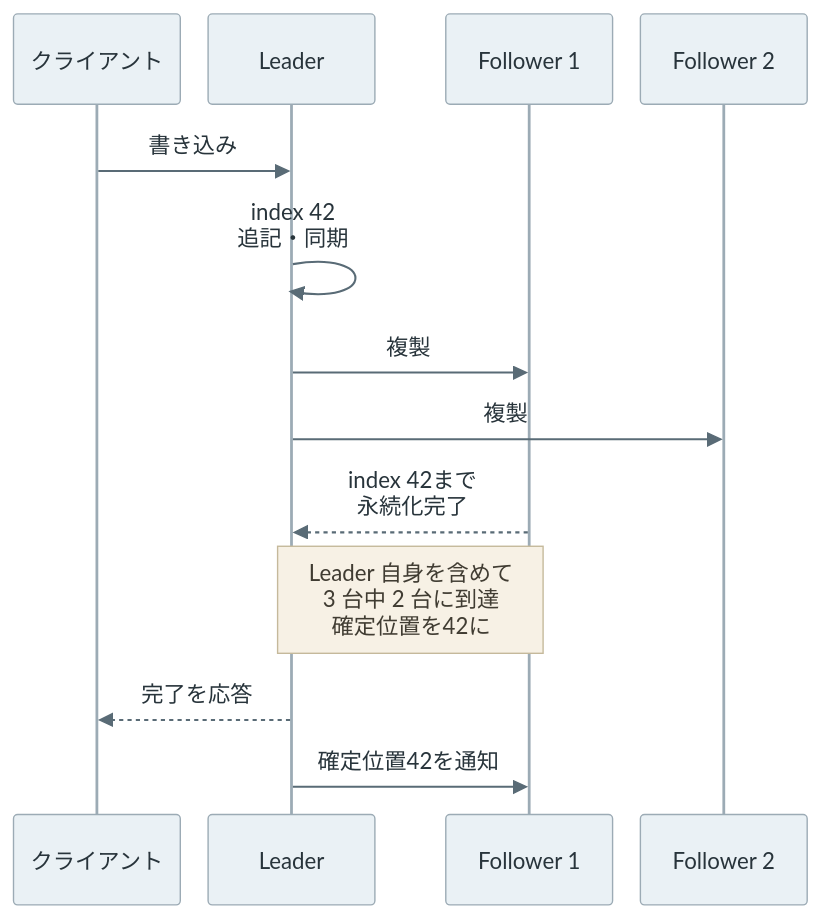
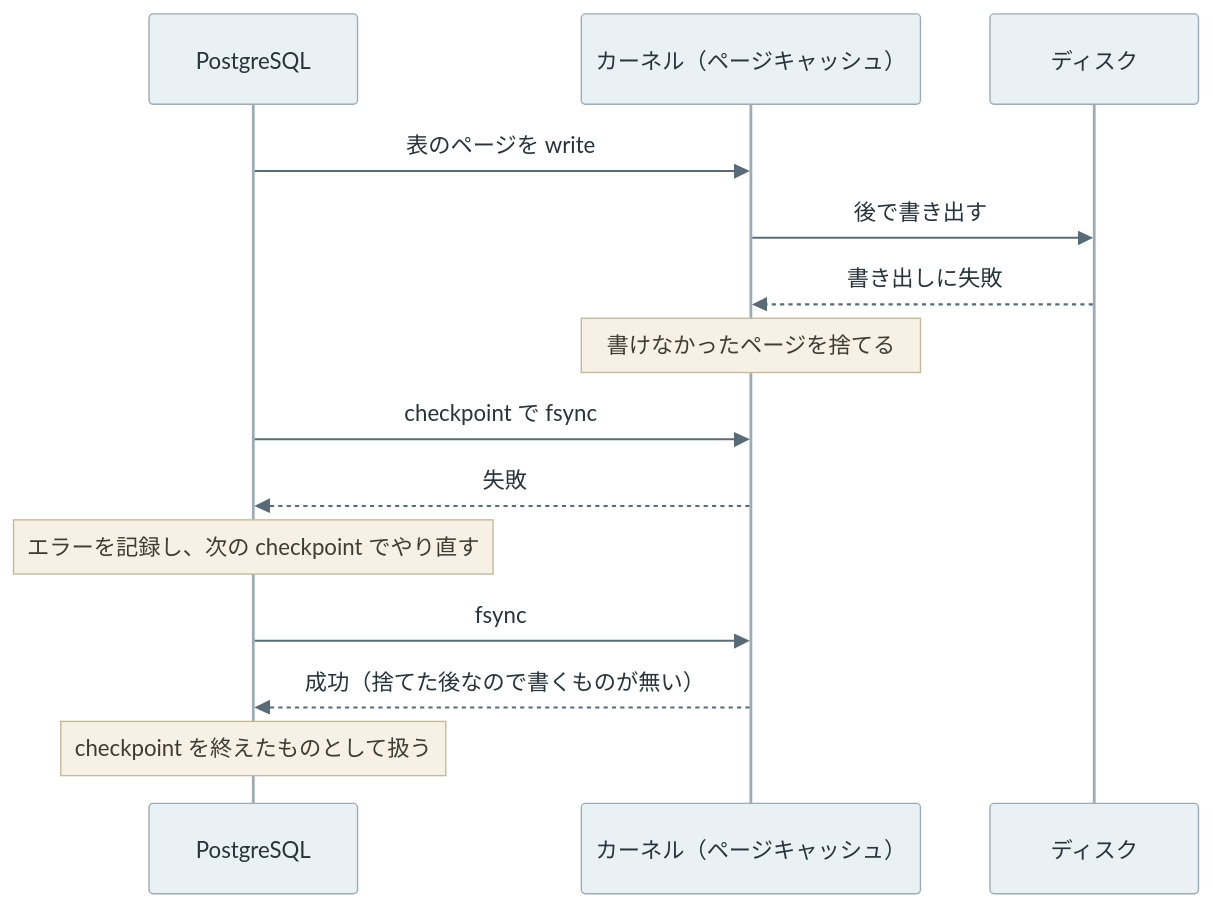
One commit to nao1215/debimate changed the first of 2 diagrams in content/notes/distributed-systems/write-ahead-log/index.md. Above: the diagram before and after it, drawn with Mermaid. The commit also changed other lines of this file and 40 other files, not shown here.

````diff
--- a/content/notes/distributed-systems/write-ahead-log/index.md
+++ b/content/notes/distributed-systems/write-ahead-log/index.md
@@ -384,16 +211,17 @@
 ```mermaid
-%%{init: {"theme": "base", "themeVariables": {"primaryColor": "#eaf1f5", "primaryTextColor": "#28343b", "primaryBorderColor": "#9cabb5", "lineColor": "#596b76", "textColor": "#28343b", "actorBkg": "#eaf1f5", "actorBorder": "#9cabb5", "actorTextColor": "#28343b", "actorLineColor": "#9cabb5", "signalColor": "#596b76", "signalTextColor": "#28343b", "noteBkgColor": "#f7f1e5", "noteBorderColor": "#c5b99b", "noteTextColor": "#403c32", "activationBkgColor": "#edf3ef", "activationBorderColor": "#9aafa1"}, "sequence": {"actorMargin": 20, "width": 120, "messageMargin": 25, "wrap": false}}}%%
+%%{init: {"theme":"base","themeVariables":{"primaryColor":"#eaf1f5","primaryTextColor":"#28343b","primaryBorderColor":"#9cabb5","lineColor":"#596b76","textColor":"#28343b","actorBkg":"#eaf1f5","actorBorder":"#9cabb5","actorTextColor":"#28343b","actorLineColor":"#9cabb5","signalColor":"#596b76","signalTextColor":"#28343b","noteBkgColor":"#f7f1e5","noteBorderColor":"#c5b99b","noteTextColor":"#403c32","activationBkgColor":"#edf3ef","activationBorderColor":"#9aafa1"}}}%%
 sequenceDiagram
-    participant C as クライアント
-    participant L as Leader
-    participant F1 as Follower 1
-    participant F2 as Follower 2
-    C->>L: 書き込み
-    L->>L: index 42<br/>追記・同期
-    L->>F1: 複製
-    L->>F2: 複製
-    F1-->>L: index 42まで<br/>永続化完了
-    Note over L,F1: Leader 自身を含めて<br/>3 台中 2 台に到達<br/>確定位置を42に
-    L-->>C: 完了を応答
-    L->>F1: 確定位置42を通知
+    participant P as PostgreSQL
+    participant K as カーネル（ページキャッシュ）
+    participant D as ディスク
+    P->>K: 表のページを write
+    K->>D: 後で書き出す
+    D-->>K: 書き出しに失敗
+    Note over K: 書けなかったページを捨てる
+    P->>K: checkpoint で fsync
+    K-->>P: 失敗
+    Note over P: エラーを記録し、次の checkpoint でやり直す
+    P->>K: fsync
+    K-->>P: 成功（捨てた後なので書くものが無い）
+    Note over P: checkpoint を終えたものとして扱う
 ```
````
